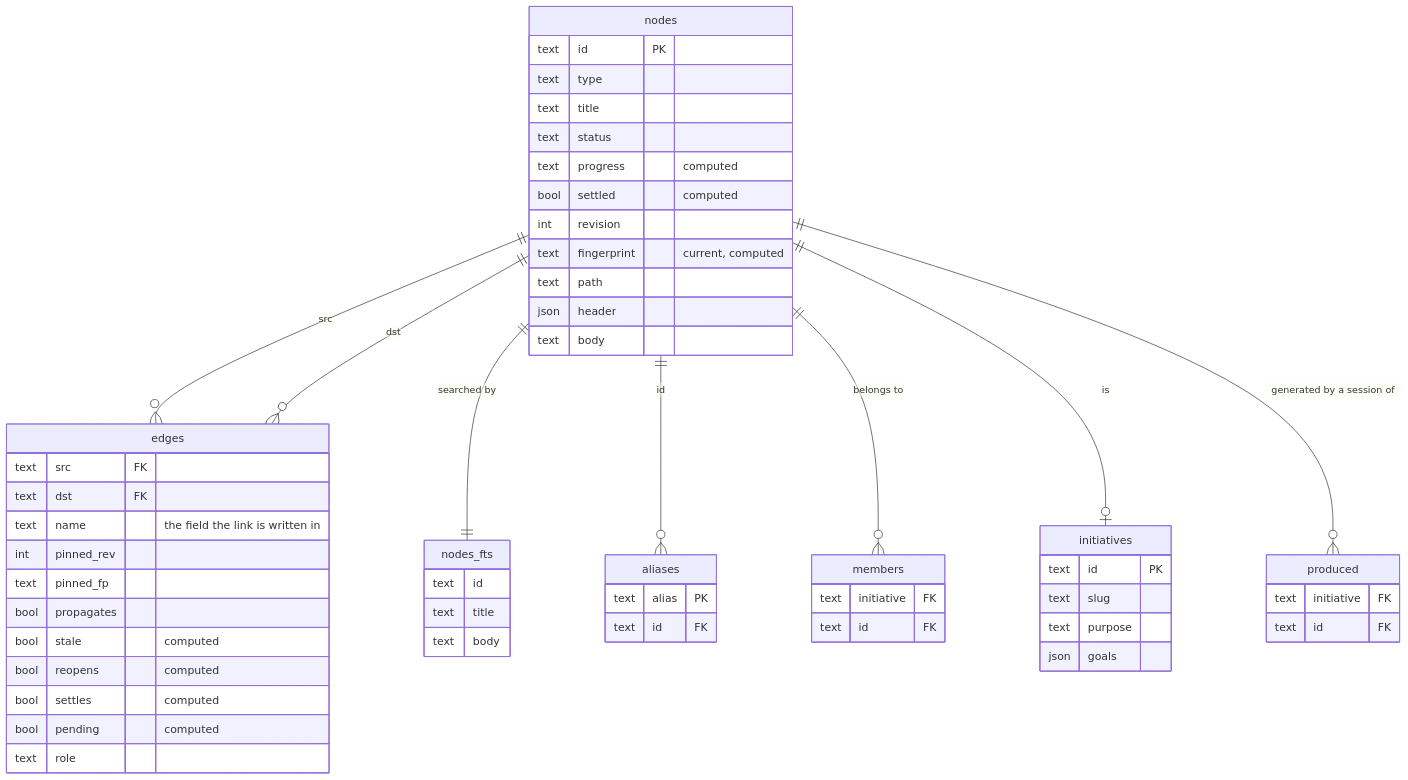
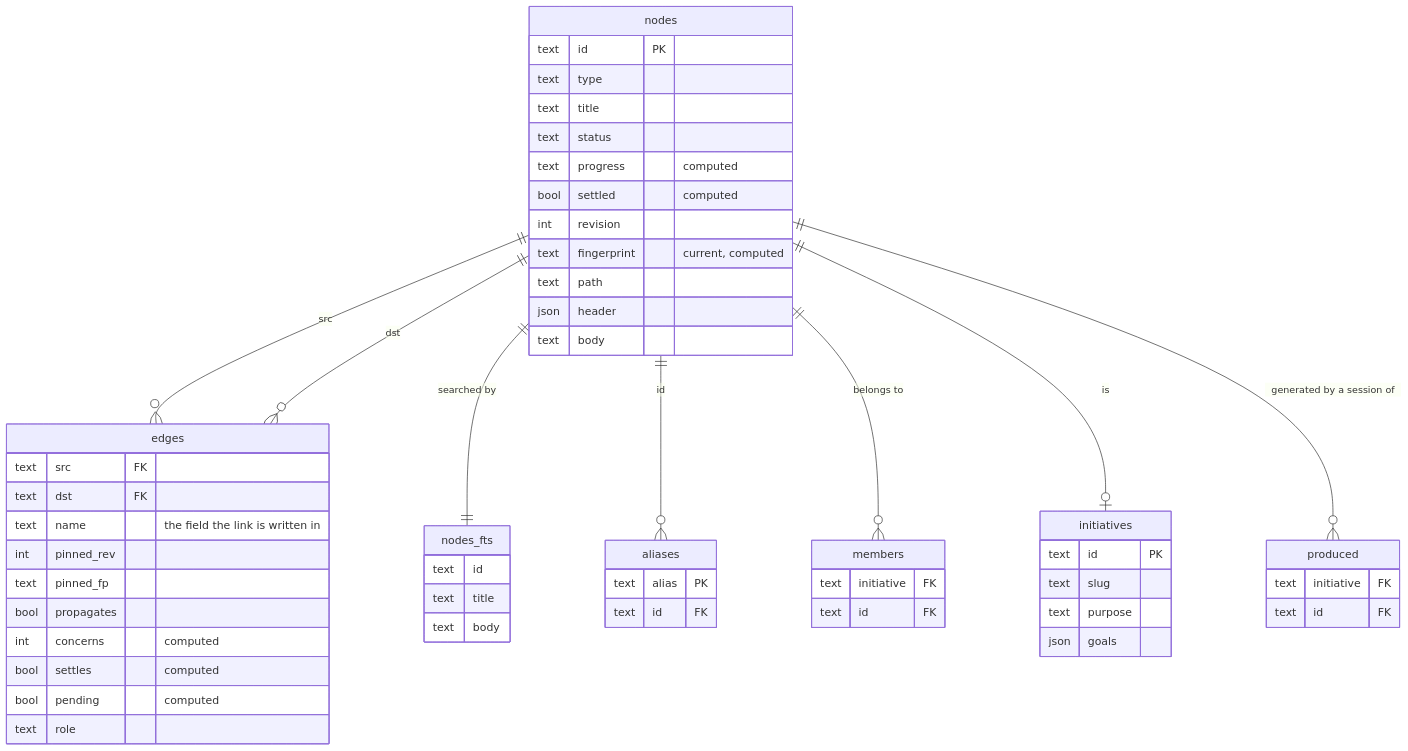
One commit to andycondon/loremason changed the diagram in docs/context-graph/03-implementation.md. Above: the diagram before and after it, drawn with Mermaid. The commit also changed other lines of this file and 12 other files, not shown here.

````diff
--- a/docs/context-graph/03-implementation.md
+++ b/docs/context-graph/03-implementation.md
@@ -295,59 +295,58 @@
 ```mermaid
 erDiagram
   nodes ||--o{ edges : "src"
   nodes ||--o{ edges : "dst"
   nodes ||--|| nodes_fts : "searched by"
   nodes ||--o{ aliases : "id"
   nodes ||--o{ members : "belongs to"
   nodes ||--o| initiatives : "is"
   nodes ||--o{ produced : "generated by a session of"
   nodes {
     text id PK
     text type
     text title
     text status
     text progress "computed"
     bool settled "computed"
     int revision
     text fingerprint "current, computed"
     text path
     json header
     text body
   }
   edges {
     text src FK
     text dst FK
     text name "the field the link is written in"
     int pinned_rev
     text pinned_fp
     bool propagates
-    bool stale "computed"
-    bool reopens "computed"
+    int concerns "computed"
     bool settles "computed"
     bool pending "computed"
     text role
   }
   members {
     text initiative FK
     text id FK
   }
   initiatives {
     text id PK
     text slug
     text purpose
     json goals
   }
   produced {
     text initiative FK
     text id FK
   }
   aliases {
     text alias PK
     text id FK
   }
   nodes_fts {
     text id
     text title
     text body
   }
 ```
````
